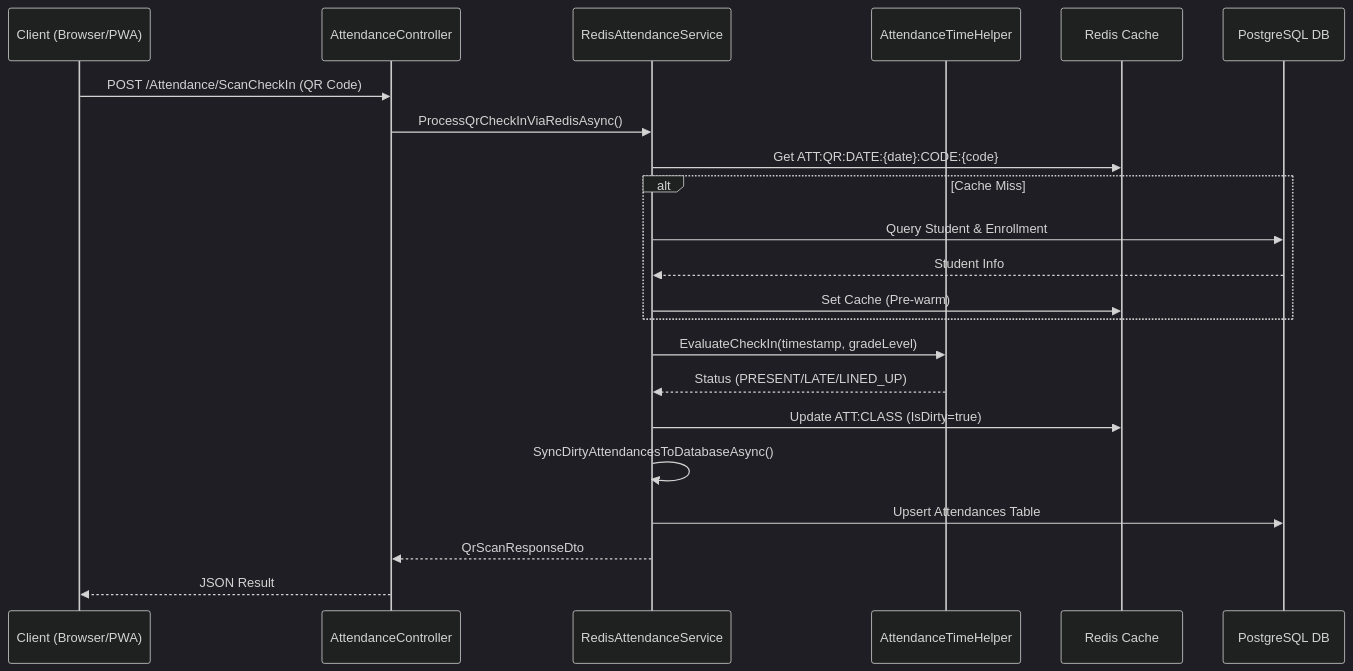
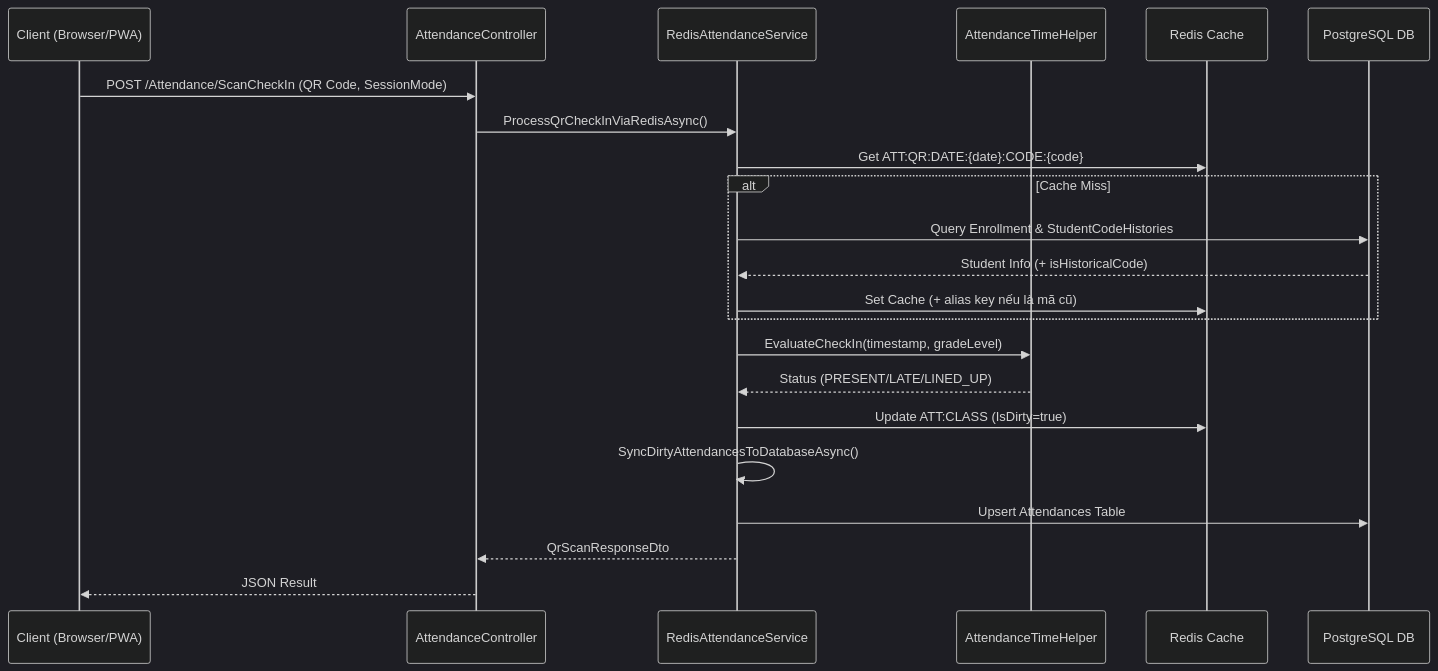
The diagram in AI-Knowledge/05-FEATURES/FAST-QR-CHECKIN-AND-OFFLINE-SYNC.md (Kiin11/ManagerStudentCaltholic), drawn with Mermaid (dark theme) before and after one commit. The commit also changed other lines of this file and 24 other files, not shown here.

````diff
--- a/AI-Knowledge/05-FEATURES/FAST-QR-CHECKIN-AND-OFFLINE-SYNC.md
+++ b/AI-Knowledge/05-FEATURES/FAST-QR-CHECKIN-AND-OFFLINE-SYNC.md
@@ -81,26 +93,26 @@
 ```mermaid
 sequenceDiagram
     participant UI as Client (Browser/PWA)
     participant Ctrl as AttendanceController
     participant R_Svc as RedisAttendanceService
     participant Time as AttendanceTimeHelper
     participant Redis as Redis Cache
     participant DB as PostgreSQL DB
 
-    UI->>Ctrl: POST /Attendance/ScanCheckIn (QR Code)
+    UI->>Ctrl: POST /Attendance/ScanCheckIn (QR Code, SessionMode)
     Ctrl->>R_Svc: ProcessQrCheckInViaRedisAsync()
     R_Svc->>Redis: Get ATT:QR:DATE:{date}:CODE:{code}
     alt Cache Miss
-        R_Svc->>DB: Query Student & Enrollment
-        DB-->>R_Svc: Student Info
-        R_Svc->>Redis: Set Cache (Pre-warm)
+        R_Svc->>DB: Query Enrollment & StudentCodeHistories
+        DB-->>R_Svc: Student Info (+ isHistoricalCode)
+        R_Svc->>Redis: Set Cache (+ alias key nếu là mã cũ)
     end
     R_Svc->>Time: EvaluateCheckIn(timestamp, gradeLevel)
     Time-->>R_Svc: Status (PRESENT/LATE/LINED_UP)
     R_Svc->>Redis: Update ATT:CLASS (IsDirty=true)
     R_Svc->>R_Svc: SyncDirtyAttendancesToDatabaseAsync()
     R_Svc->>DB: Upsert Attendances Table
     R_Svc-->>Ctrl: QrScanResponseDto
     Ctrl-->>UI: JSON Result
 
 ```
````
